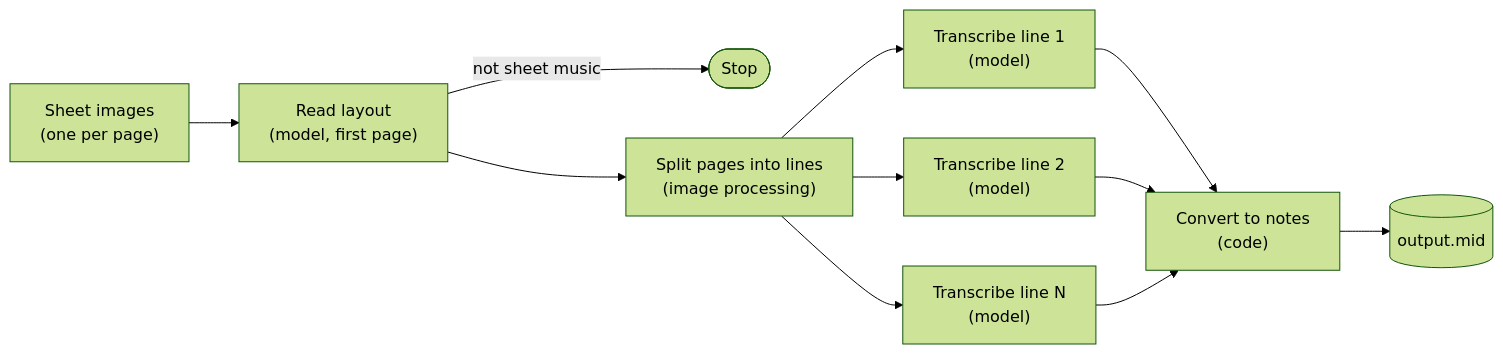
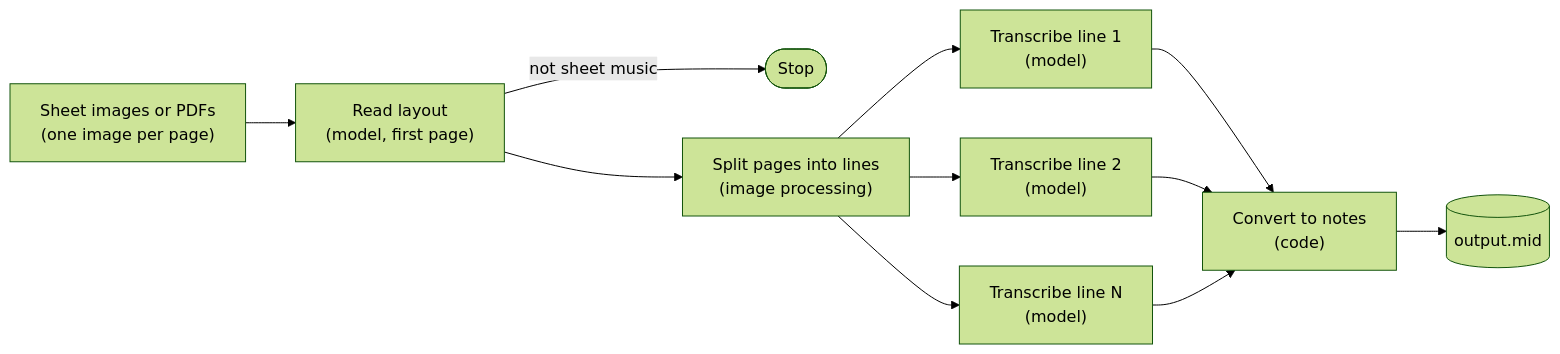
The first of 2 diagrams in README.md (DemS98/midi-maker), drawn with Mermaid (forest theme) before and after one commit. The commit also changed other lines of this file and 13 other files, not shown here.

````diff
--- a/README.md
+++ b/README.md
@@ -9,13 +9,13 @@
 ```mermaid
 flowchart LR
-    img["Sheet images<br/>(one per page)"] --> layout["Read layout<br/>(model, first page)"]
+    img["Sheet images or PDFs<br/>(one image per page)"] --> layout["Read layout<br/>(model, first page)"]
     layout -->|"not sheet music"| stop(["Stop"])
     layout --> split["Split pages into lines<br/>(image processing)"]
     split --> l1["Transcribe line 1<br/>(model)"]
     split --> l2["Transcribe line 2<br/>(model)"]
     split --> ln["Transcribe line N<br/>(model)"]
     l1 --> render["Convert to notes<br/>(code)"]
     l2 --> render
     ln --> render
     render --> out[("output.mid")]
 ```
````
